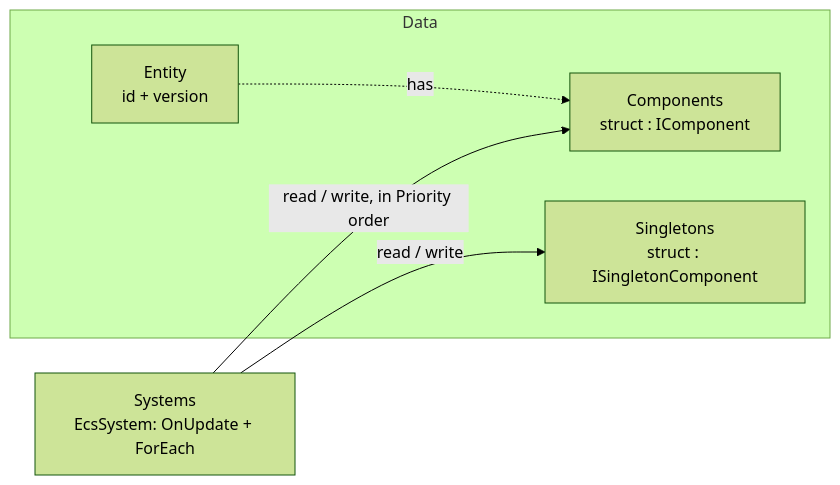
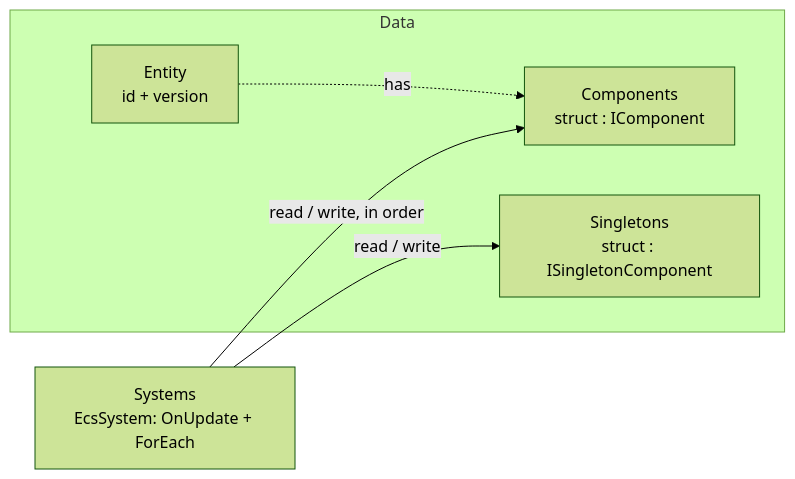
One commit to JasonXuDeveloper/EasyEcs changed the diagram in README.md. Above: the diagram before and after it, drawn with Mermaid (forest theme). The commit also changed other lines of this file and 17 other files, not shown here.

````diff
--- a/README.md
+++ b/README.md
@@ -149,12 +149,12 @@
 ```mermaid
 flowchart LR
     subgraph Data
         E[Entity<br/>id + version]
         C[Components<br/>struct : IComponent]
         S[Singletons<br/>struct : ISingletonComponent]
     end
     Y[Systems<br/>EcsSystem: OnUpdate + ForEach]
     E -.->|has| C
-    Y -->|read / write, in Priority order| C
+    Y -->|read / write, in order| C
     Y -->|read / write| S
 ```
````
